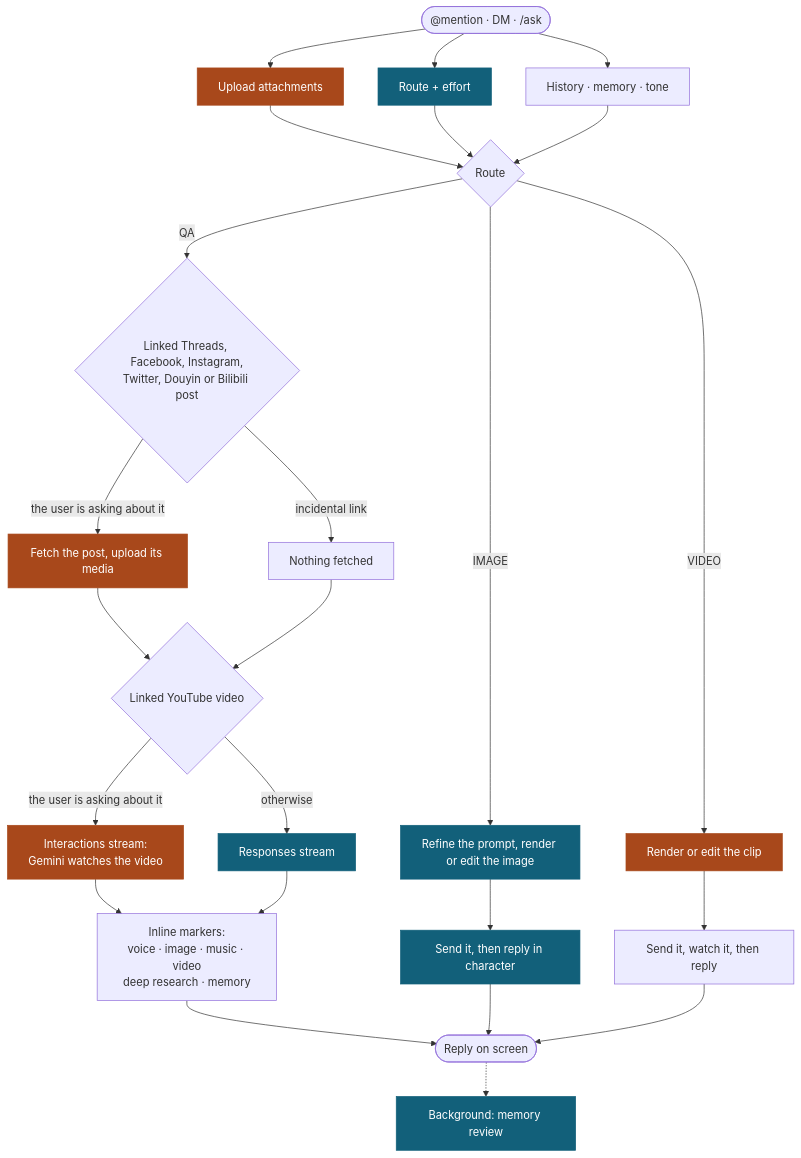
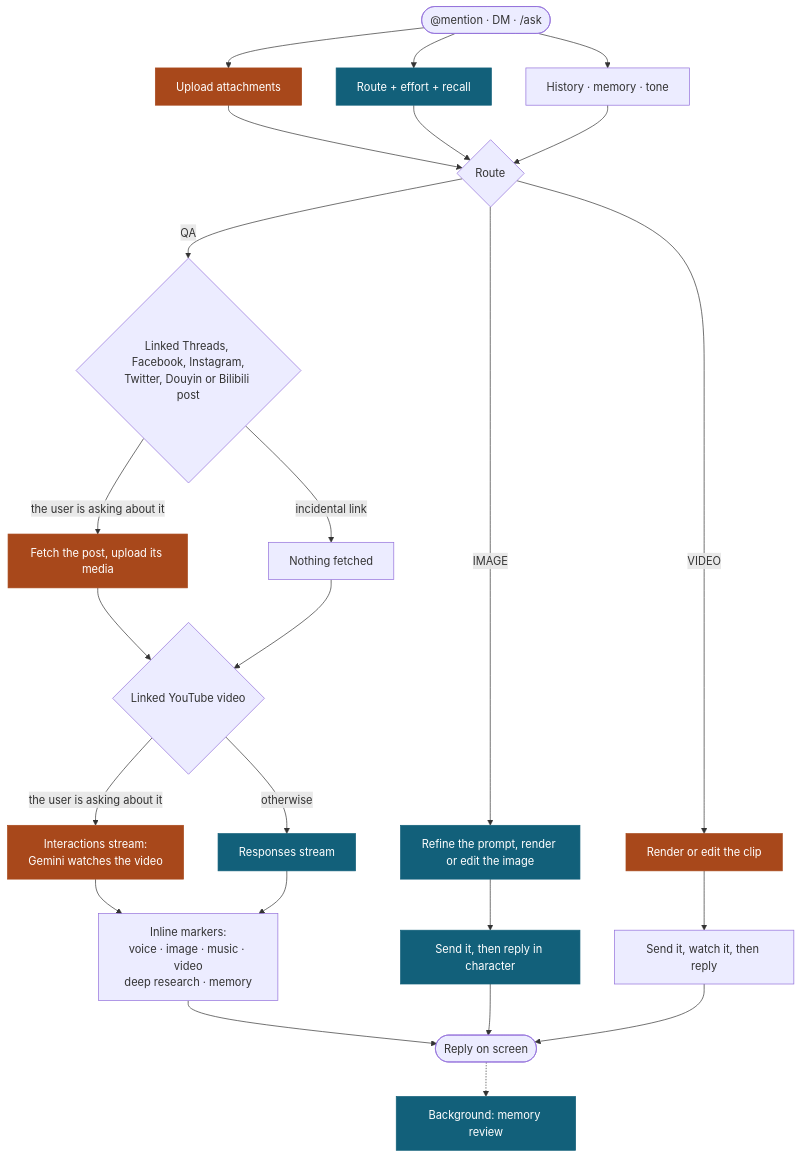
One commit to Mai0313/discordbot changed the diagram in README.md. Above: the diagram before and after it, drawn with Mermaid. The commit also changed 21 other files, not shown here.

First line of the commit message:
refactor(gen_reply): decide route, effort and recall in one triage call (#726)

````diff
--- a/README.md
+++ b/README.md
@@ -43,33 +43,33 @@
 ```mermaid
 flowchart TD
     U(["@mention · DM · /ask"]) --> UP & RT & CX
 
     UP["Upload attachments"]
-    RT["Route + effort"]
+    RT["Route + effort + recall"]
     CX["History · memory · tone"]
 
     UP & RT & CX --> R{"Route"}
 
     R -->|QA| L{"Linked Threads, Facebook, Instagram,<br/>Twitter, Douyin or Bilibili post"}
     L -->|"the user is asking about it"| LF["Fetch the post, upload its media"]
     L -->|"incidental link"| LS["Nothing fetched"]
     LF & LS --> Y{"Linked YouTube video"}
     Y -->|"the user is asking about it"| YT["Interactions stream:<br/>Gemini watches the video"]
     Y -->|"otherwise"| QS["Responses stream"]
     YT & QS --> Q2["Inline markers:<br/>voice · image · music · video<br/>deep research · memory"]
 
     R -->|IMAGE| I1["Refine the prompt, render or edit the image"]
     I1 --> I2["Send it, then reply in character"]
     R -->|VIDEO| V1["Render or edit the clip"]
     V1 --> V2["Send it, watch it, then reply"]
 
     Q2 --> OUT(["Reply on screen"])
     I2 --> OUT
     V2 --> OUT
     OUT -.-> MM["Background: memory review"]
 
     classDef proxy fill:#12607a,stroke:#12607a,color:#ffffff
     classDef direct fill:#a8481b,stroke:#a8481b,color:#ffffff
     class RT,QS,I1,I2,MM proxy
     class UP,LF,YT,V1 direct
 ```
````
